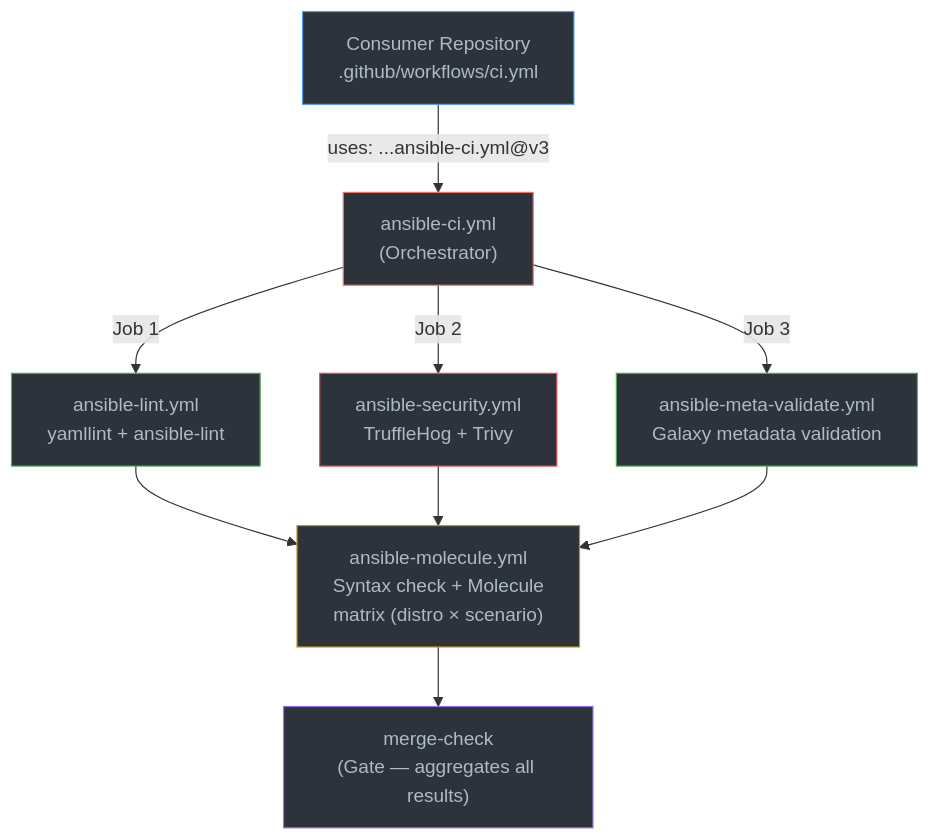
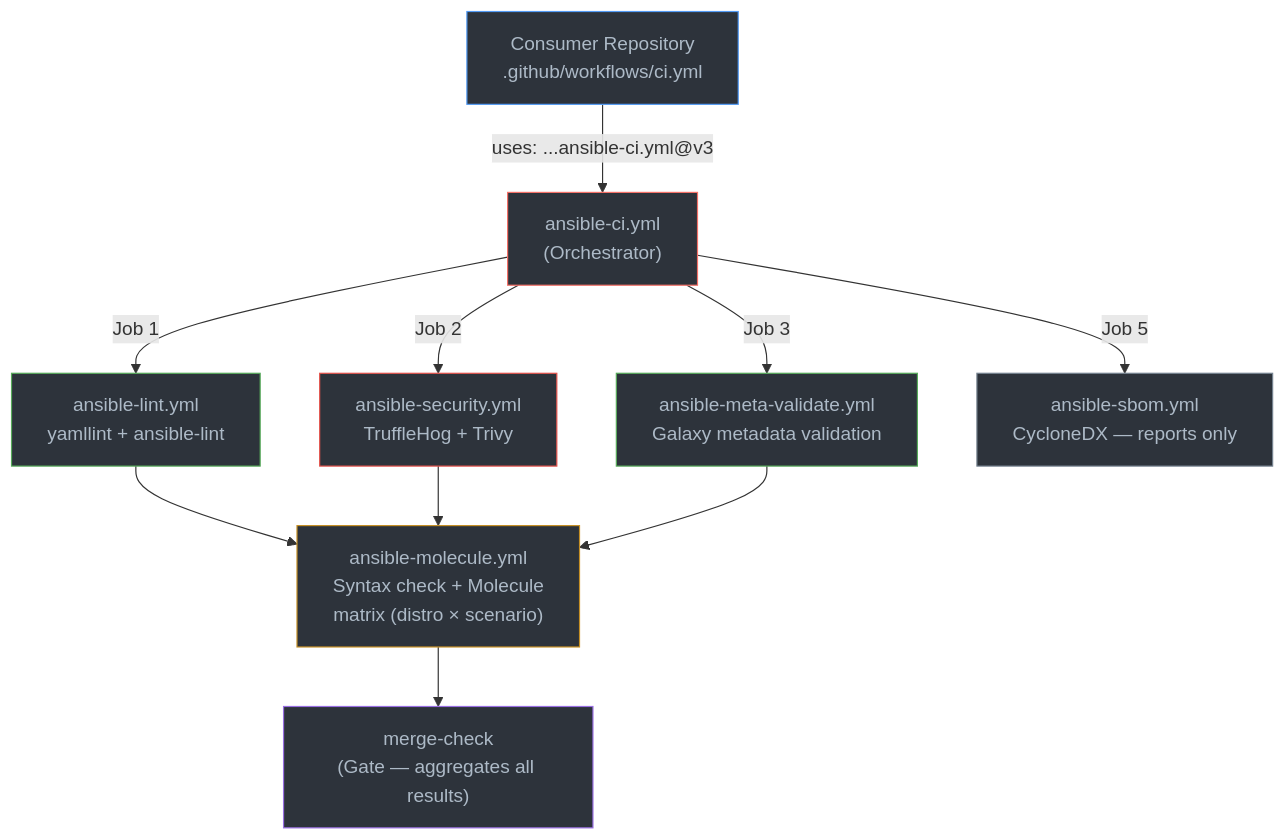
One commit to grzegorzfranus/github-workflows changed the second of 2 diagrams in README.md. Above: the diagram before and after it, drawn with Mermaid. The commit also changed other lines of this file and 4 other files, not shown here.

Commit message:
feat(ansible): add CycloneDX SBOM generation workflow (#73)

````diff
--- a/README.md
+++ b/README.md
@@ -156,19 +158,21 @@
 ```mermaid
 graph TD
     A["Consumer Repository<br/>.github/workflows/ci.yml"] -->|"uses: ...ansible-ci.yml@v3"| B["ansible-ci.yml<br/>(Orchestrator)"]
     B -->|"Job 1"| C["ansible-lint.yml<br/>yamllint + ansible-lint"]
     B -->|"Job 2"| D["ansible-security.yml<br/>TruffleHog + Trivy"]
     B -->|"Job 3"| G["ansible-meta-validate.yml<br/>Galaxy metadata validation"]
+    B -->|"Job 5"| H["ansible-sbom.yml<br/>CycloneDX — reports only"]
     C --> E["ansible-molecule.yml<br/>Syntax check + Molecule<br/>matrix (distro × scenario)"]
     D --> E
     G --> E
     E --> F["merge-check<br/>(Gate — aggregates all results)"]
 
     style A fill:#2d333b,stroke:#539bf5,color:#adbac7
     style B fill:#2d333b,stroke:#f47067,color:#adbac7
     style C fill:#2d333b,stroke:#57ab5a,color:#adbac7
     style D fill:#2d333b,stroke:#e5534b,color:#adbac7
     style E fill:#2d333b,stroke:#c69026,color:#adbac7
     style F fill:#2d333b,stroke:#986ee2,color:#adbac7
     style G fill:#2d333b,stroke:#57ab5a,color:#adbac7
+    style H fill:#2d333b,stroke:#768390,color:#adbac7
 ```
````
